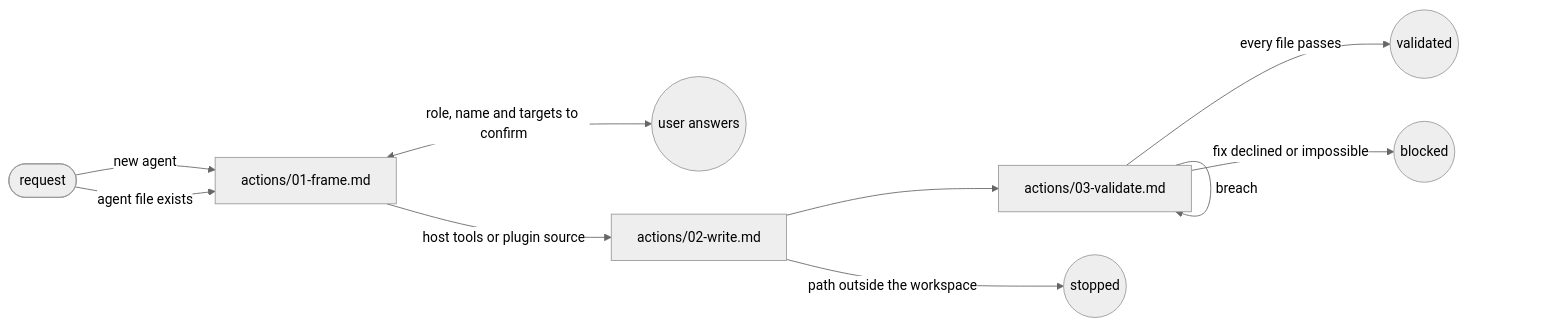
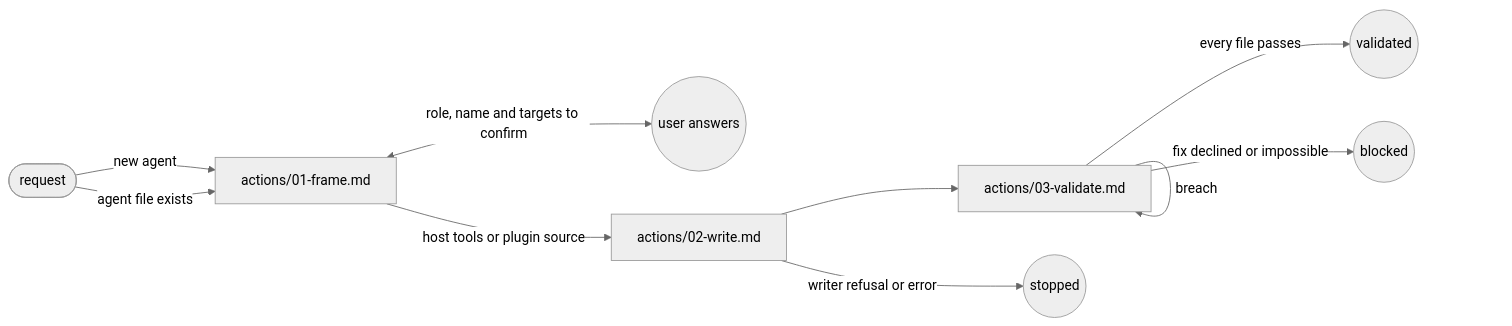
Before and after one commit to ai-driven-dev/framework: the diagram in plugins/aidd-context/skills/06-agent-generate/SKILL.md, drawn with Mermaid (neutral theme). The commit also changed other lines of this file and 9 other files, not shown here.

First line of the commit message:
refactor(aidd-context): write agent-generate's host files through a deterministic writer

````diff
--- a/plugins/aidd-context/skills/06-agent-generate/SKILL.md
+++ b/plugins/aidd-context/skills/06-agent-generate/SKILL.md
@@ -9,12 +9,12 @@
 ```mermaid
 flowchart LR
   entry([request]) -->|"new agent"| frame["actions/01-frame.md"]
   entry -->|"agent file exists"| frame
   frame <-->|"role, name and targets to confirm"| user((user answers))
   frame -->|"host tools or plugin source"| write["actions/02-write.md"]
   write --> validate["actions/03-validate.md"]
-  write -->|"path outside the workspace"| stopped((stopped))
+  write -->|"writer refusal or error"| stopped((stopped))
   validate -->|"breach"| validate
   validate -->|"every file passes"| done((validated))
   validate -->|"fix declined or impossible"| blocked((blocked))
 ```
````
